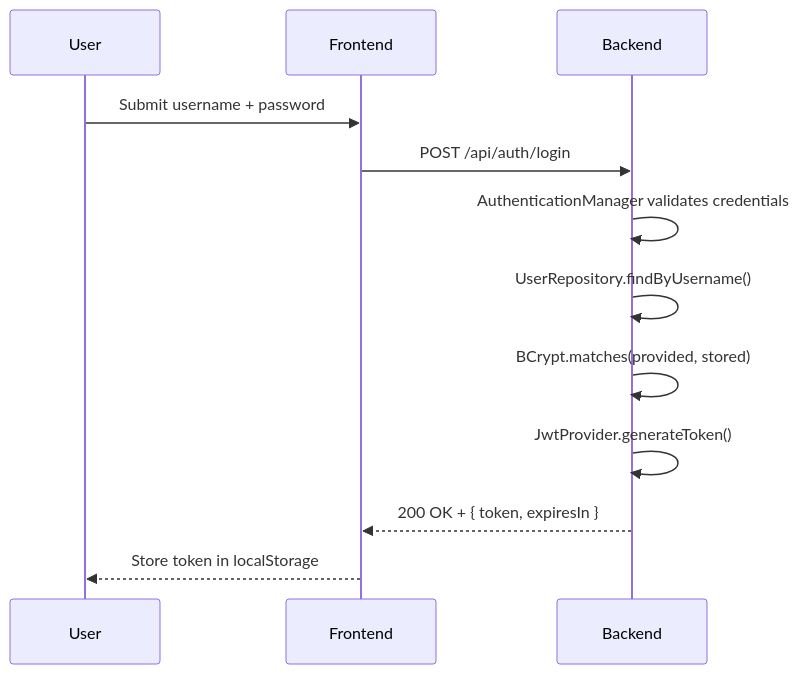
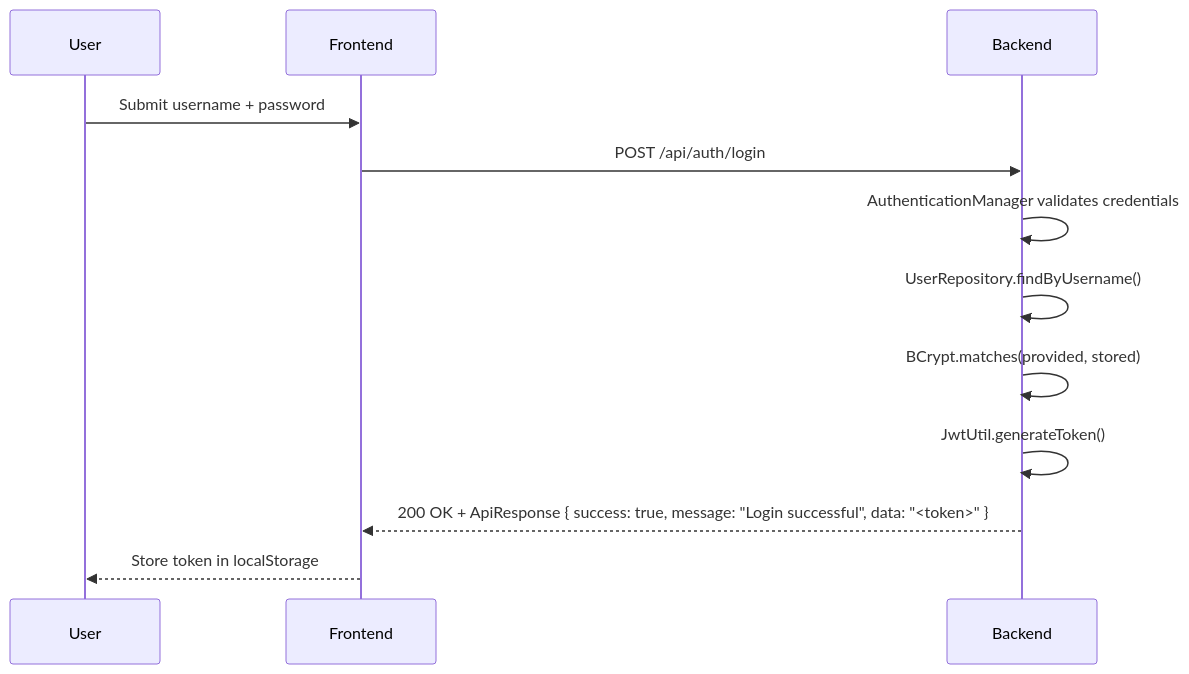
One commit to Keglev/stockease changed the diagram in docs/architecture/system/security.md. Above: the diagram before and after it, drawn with Mermaid. The commit also changed other lines of this file and 63 other files, not shown here.

````diff
--- a/docs/architecture/system/security.md
+++ b/docs/architecture/system/security.md
@@ -45,14 +42,14 @@
 ```mermaid
 sequenceDiagram
     participant U as User
     participant FE as Frontend
     participant BE as Backend
     U->>FE: Submit username + password
     FE->>BE: POST /api/auth/login
     BE->>BE: AuthenticationManager validates credentials
     BE->>BE: UserRepository.findByUsername()
     BE->>BE: BCrypt.matches(provided, stored)
-    BE->>BE: JwtProvider.generateToken()
-    BE-->>FE: 200 OK + { token, expiresIn }
+    BE->>BE: JwtUtil.generateToken()
+    BE-->>FE: 200 OK + ApiResponse { success: true, message: "Login successful", data: "<token>" }
     FE-->>U: Store token in localStorage
 ```
````
